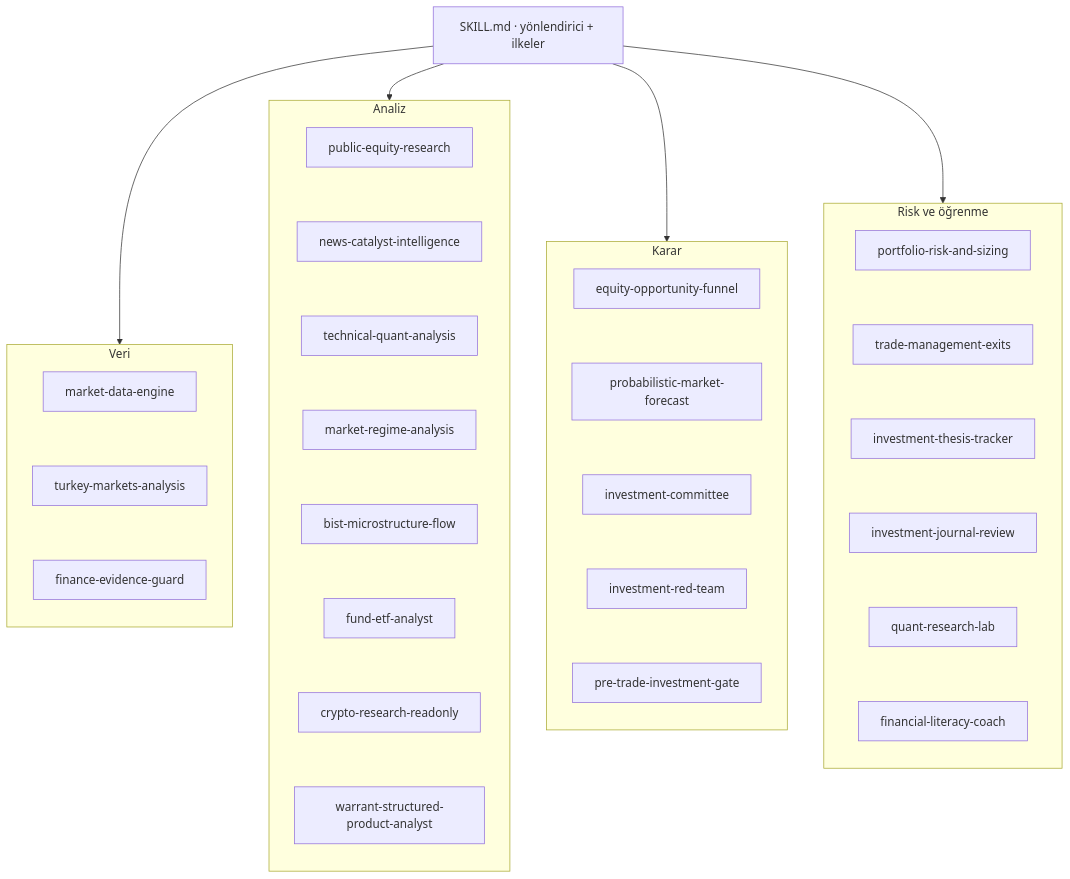
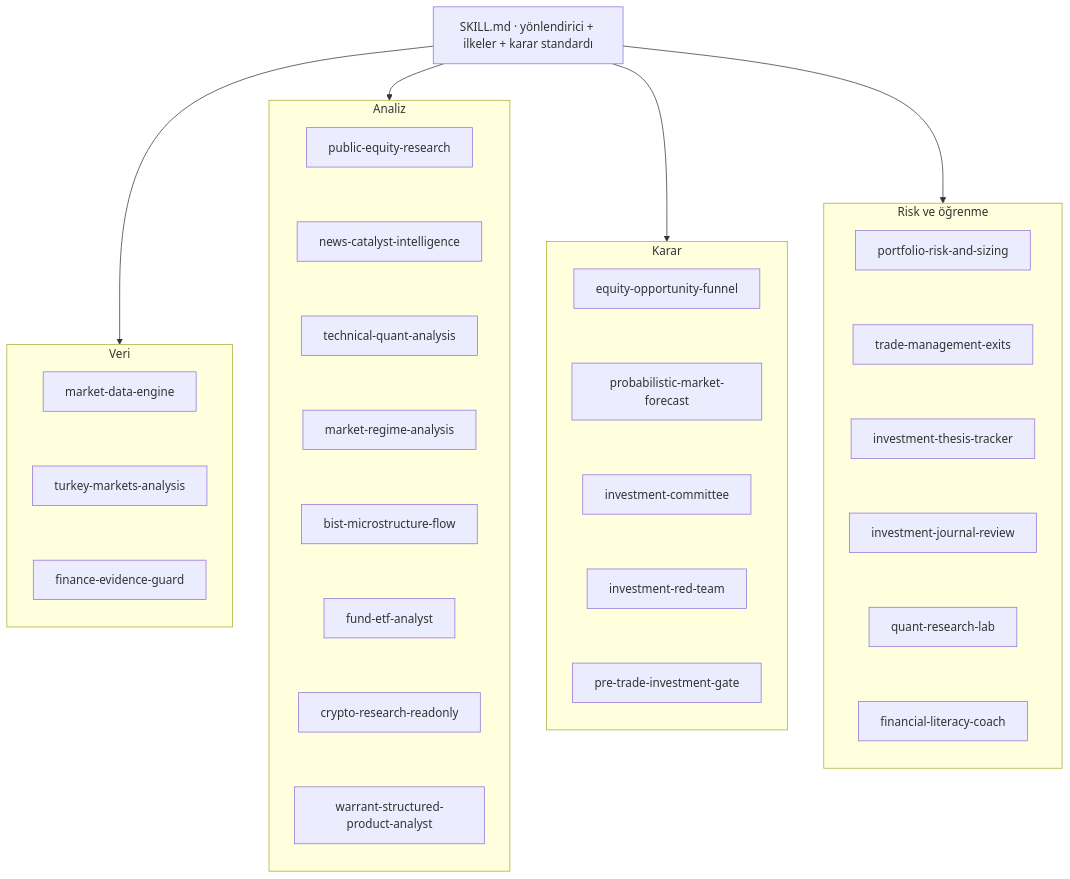
Before and after one commit to yigityildiz0/yigit-investment-copilot: the second of 2 diagrams in README.md, drawn with Mermaid. The commit also changed other lines of this file and 82 other files, not shown here.

````diff
--- a/README.md
+++ b/README.md
@@ -78,21 +91,21 @@
 ```mermaid
 flowchart TB
-    R["SKILL.md · yönlendirici + ilkeler"]
+    R["SKILL.md · yönlendirici + ilkeler + karar standardı"]
     R --> DATA & ANALYSIS & DECISION & RISK
     subgraph DATA["Veri"]
       direction TB
       MDE["market-data-engine"] ~~~ TMA["turkey-markets-analysis"] ~~~ FEG["finance-evidence-guard"]
     end
     subgraph ANALYSIS["Analiz"]
       direction TB
       PER["public-equity-research"] ~~~ NCI["news-catalyst-intelligence"] ~~~ TQA["technical-quant-analysis"] ~~~ MRA["market-regime-analysis"] ~~~ BMF["bist-microstructure-flow"] ~~~ FEA["fund-etf-analyst"] ~~~ CRY["crypto-research-readonly"] ~~~ WSP["warrant-structured-product-analyst"]
     end
     subgraph DECISION["Karar"]
       direction TB
       EQF["equity-opportunity-funnel"] ~~~ PMF["probabilistic-market-forecast"] ~~~ IC["investment-committee"] ~~~ IRT["investment-red-team"] ~~~ PTG["pre-trade-investment-gate"]
     end
     subgraph RISK["Risk ve öğrenme"]
       direction TB
       PRS["portfolio-risk-and-sizing"] ~~~ TME["trade-management-exits"] ~~~ ITT["investment-thesis-tracker"] ~~~ IJR["investment-journal-review"] ~~~ QRL["quant-research-lab"] ~~~ FLC["financial-literacy-coach"]
     end
 ```
````
